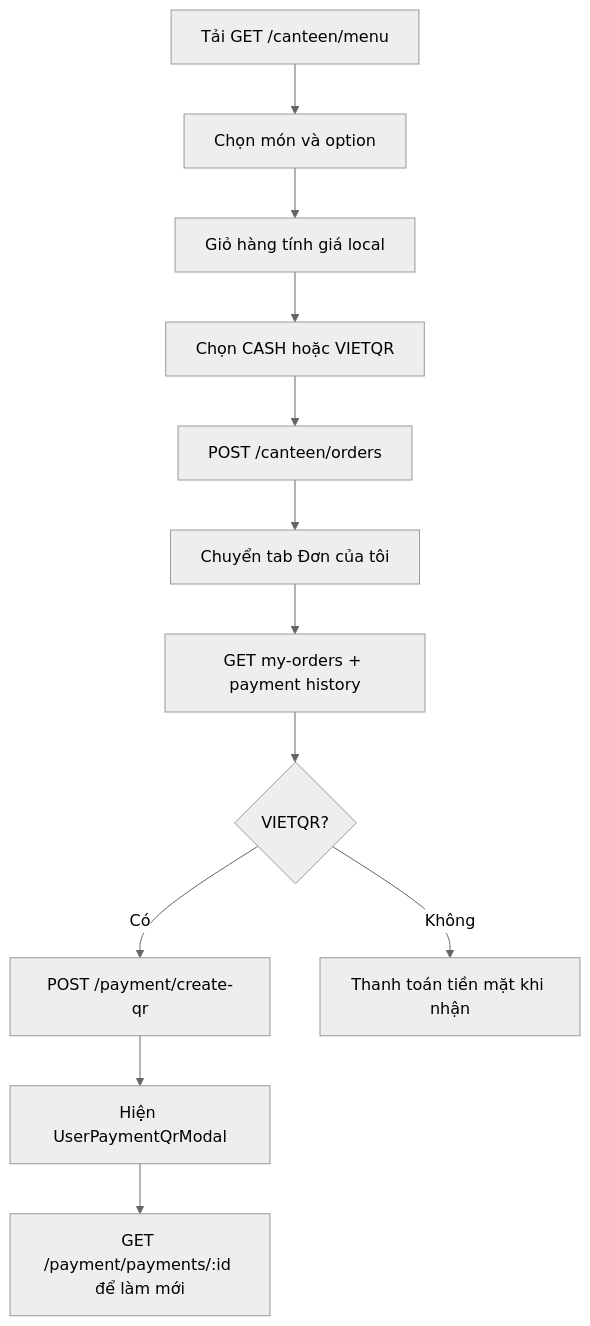
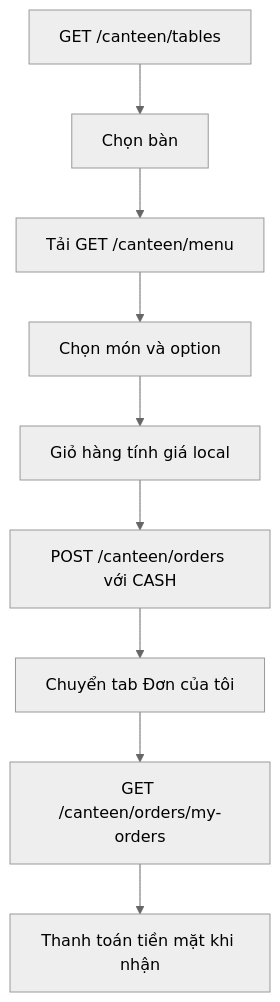
Before and after one commit to lethanh2006/Nrapp: the fourth of 5 diagrams in docs/kien-truc-va-luong-hoat-dong.md, drawn with Mermaid (neutral theme). The commit also changed other lines of this file and 13 other files, not shown here.

Commit message:
Đồng bộ giao diện căn tin theo luồng chọn bàn và tiền mặt

````diff
--- a/docs/kien-truc-va-luong-hoat-dong.md
+++ b/docs/kien-truc-va-luong-hoat-dong.md
@@ -691,14 +679,11 @@
 ```mermaid
 flowchart TD
-    A[Tải GET /canteen/menu] --> B[Chọn món và option]
-    B --> C[Giỏ hàng tính giá local]
-    C --> D[Chọn CASH hoặc VIETQR]
-    D --> E[POST /canteen/orders]
-    E --> F[Chuyển tab Đơn của tôi]
-    F --> G[GET my-orders + payment history]
-    G --> H{VIETQR?}
-    H -- Có --> I[POST /payment/create-qr]
-    I --> J[Hiện UserPaymentQrModal]
-    J --> K[GET /payment/payments/:id để làm mới]
-    H -- Không --> L[Thanh toán tiền mặt khi nhận]
+    A[GET /canteen/tables] --> B[Chọn bàn]
+    B --> C[Tải GET /canteen/menu]
+    C --> D[Chọn món và option]
+    D --> E[Giỏ hàng tính giá local]
+    E --> F[POST /canteen/orders với CASH]
+    F --> G[Chuyển tab Đơn của tôi]
+    G --> H[GET /canteen/orders/my-orders]
+    H --> I[Thanh toán tiền mặt khi nhận]
 ```
````
